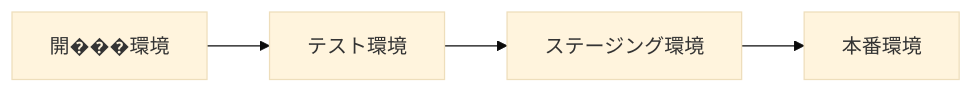
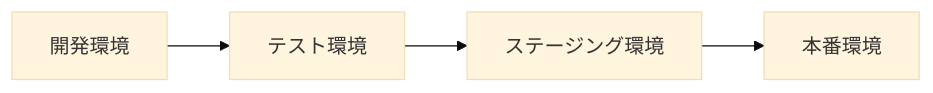
One commit to yorkdick/gira changed the third of 4 diagrams in doc/basic-design/infrastructure.md. Above: the diagram before and after it, drawn with Mermaid (base theme). The commit also changed 1 other file, not shown here.

````diff
--- a/doc/basic-design/infrastructure.md
+++ b/doc/basic-design/infrastructure.md
@@ -126,6 +126,6 @@
 ```mermaid
 graph LR
-    Dev[開���環境] --> Test[テスト環境]
+    Dev[開発環境] --> Test[テスト環境]
     Test --> Staging[ステージング環境]
     Staging --> Prod[本番環境]
 ```
````
